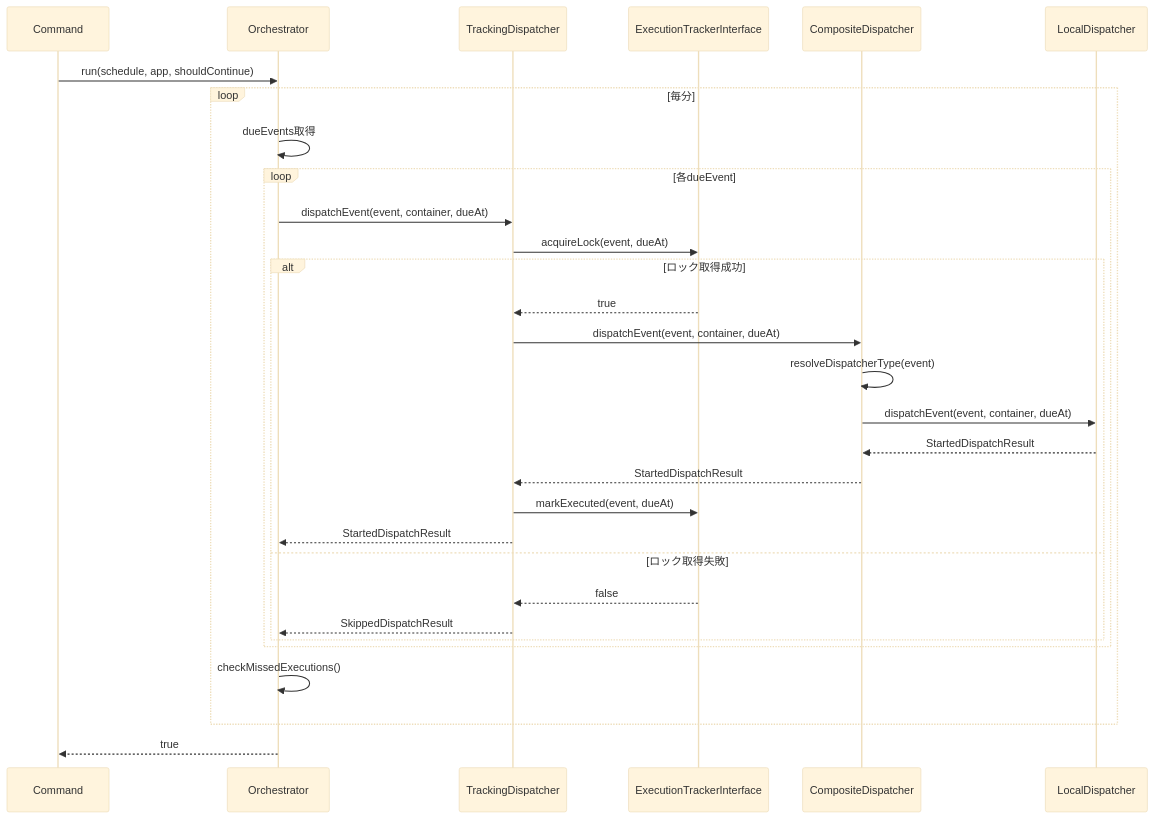
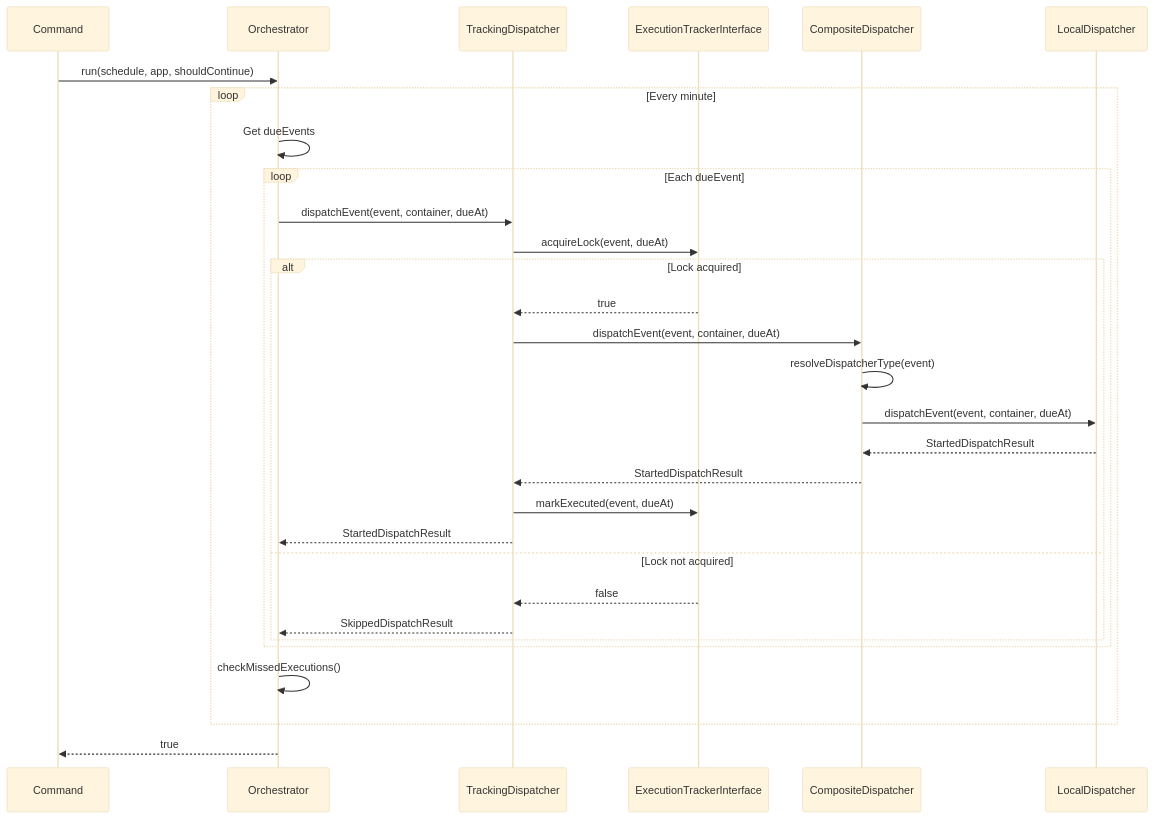
The second of 4 diagrams in docs/internals/DESIGN.md (rakkofield/laravel-graceful-schedule-worker), drawn with Mermaid (base theme) before and after one commit. The commit also changed other lines of this file and 19 other files, not shown here.

````diff
--- a/docs/internals/DESIGN.md
+++ b/docs/internals/DESIGN.md
@@ -442,35 +442,35 @@
 ```mermaid
 sequenceDiagram
     participant Cmd as Command
     participant Orch as Orchestrator
     participant TDisp as TrackingDispatcher
     participant Track as ExecutionTrackerInterface
     participant Comp as CompositeDispatcher
     participant Local as LocalDispatcher
 
     Cmd->>Orch: run(schedule, app, shouldContinue)
 
-    loop 毎分
-        Orch->>Orch: dueEvents取得
-        loop 各dueEvent
+    loop Every minute
+        Orch->>Orch: Get dueEvents
+        loop Each dueEvent
             Orch->>TDisp: dispatchEvent(event, container, dueAt)
             TDisp->>Track: acquireLock(event, dueAt)
-            alt ロック取得成功
+            alt Lock acquired
                 Track-->>TDisp: true
                 TDisp->>Comp: dispatchEvent(event, container, dueAt)
                 Comp->>Comp: resolveDispatcherType(event)
                 Comp->>Local: dispatchEvent(event, container, dueAt)
                 Local-->>Comp: StartedDispatchResult
                 Comp-->>TDisp: StartedDispatchResult
                 TDisp->>Track: markExecuted(event, dueAt)
                 TDisp-->>Orch: StartedDispatchResult
-            else ロック取得失敗
+            else Lock not acquired
                 Track-->>TDisp: false
                 TDisp-->>Orch: SkippedDispatchResult
             end
         end
         Orch->>Orch: checkMissedExecutions()
     end
 
     Orch-->>Cmd: true
 ```
````
